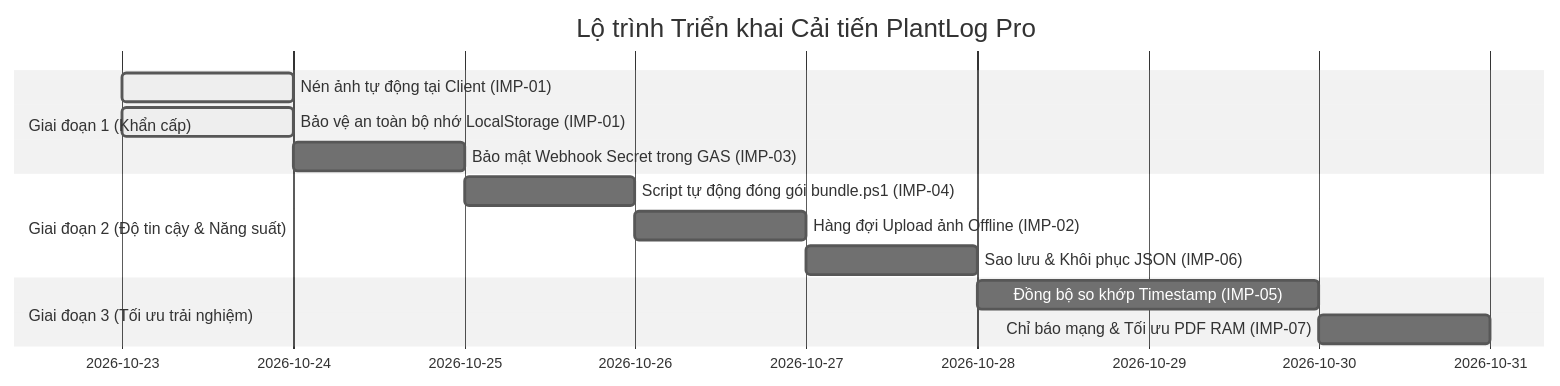
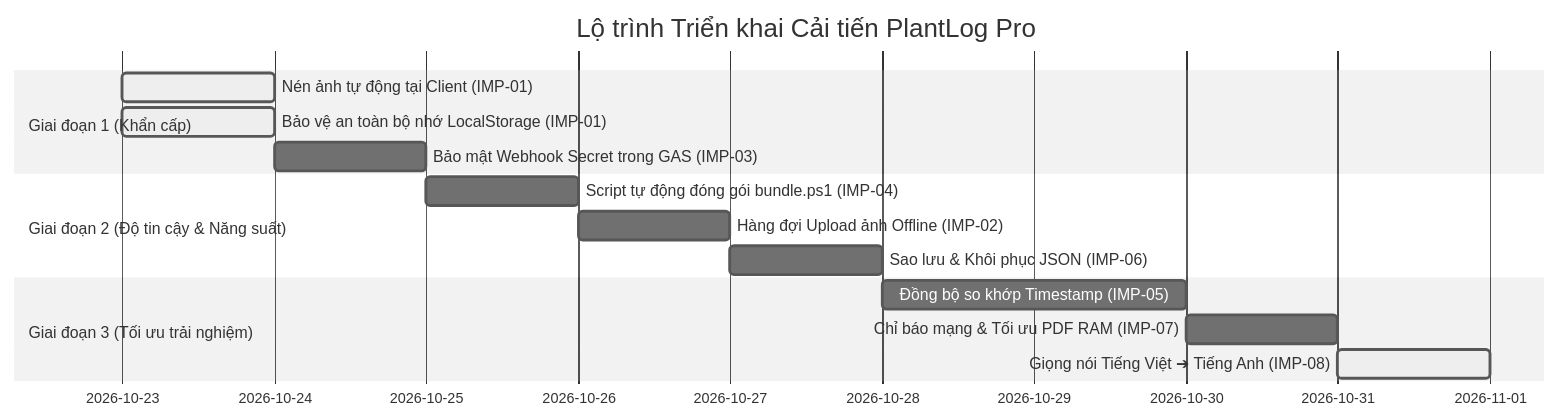
The diagram in IMPROVEMENT_PLAN.md (cuongvcs/Plantlog-pro), drawn with Mermaid (neutral theme) before and after one commit. The commit also changed other lines of this file and 7 other files, not shown here.

````diff
--- a/IMPROVEMENT_PLAN.md
+++ b/IMPROVEMENT_PLAN.md
@@ -146,16 +157,17 @@
 ```mermaid
 gantt
     title Lộ trình Triển khai Cải tiến PlantLog Pro
     dateFormat  YYYY-MM-DD
     section Giai đoạn 1 (Khẩn cấp)
     Nén ảnh tự động tại Client (IMP-01)          :active, p1_1, 2026-10-23, 1d
     Bảo vệ an toàn bộ nhớ LocalStorage (IMP-01) :active, p1_2, 2026-10-23, 1d
     Bảo mật Webhook Secret trong GAS (IMP-03)   :p1_3, 2026-10-24, 1d
     section Giai đoạn 2 (Độ tin cậy & Năng suất)
     Script tự động đóng gói bundle.ps1 (IMP-04) :p2_1, 2026-10-25, 1d
     Hàng đợi Upload ảnh Offline (IMP-02)        :p2_2, 2026-10-26, 1d
     Sao lưu & Khôi phục JSON (IMP-06)           :p2_3, 2026-10-27, 1d
     section Giai đoạn 3 (Tối ưu trải nghiệm)
     Đồng bộ so khớp Timestamp (IMP-05)          :p3_1, 2026-10-28, 2d
     Chỉ báo mạng & Tối ưu PDF RAM (IMP-07)      :p3_2, 2026-10-30, 1d
+    Giọng nói Tiếng Việt ➔ Tiếng Anh (IMP-08)   :active, p3_3, 2026-10-31, 1d
 ```
````
